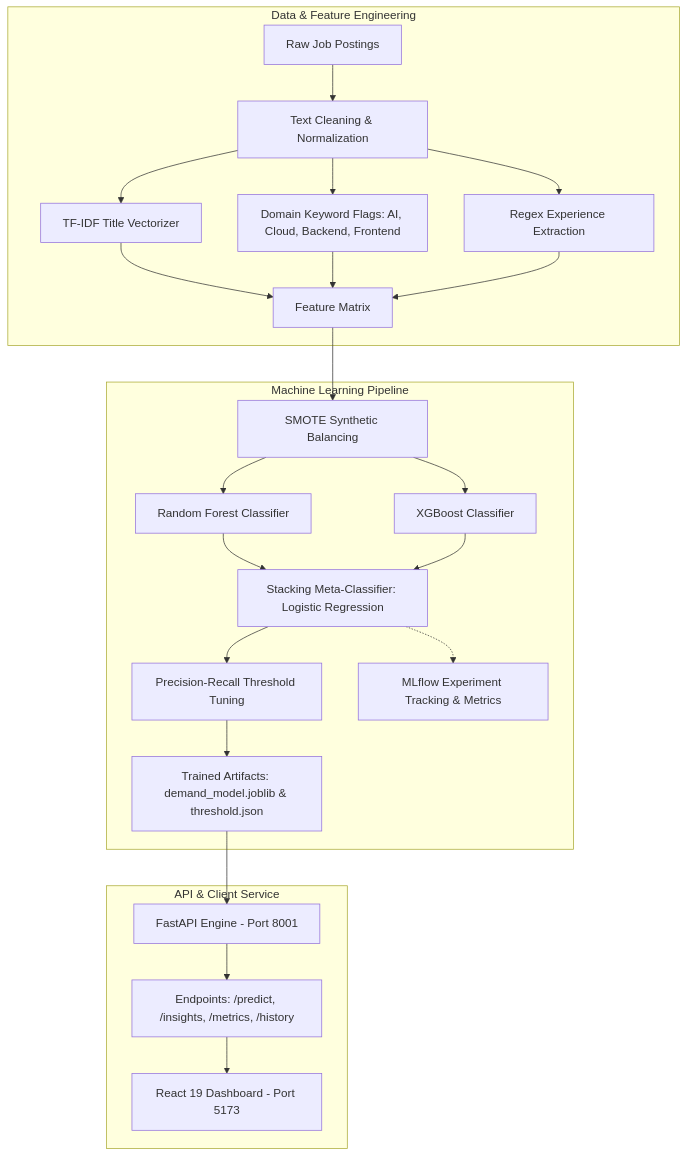
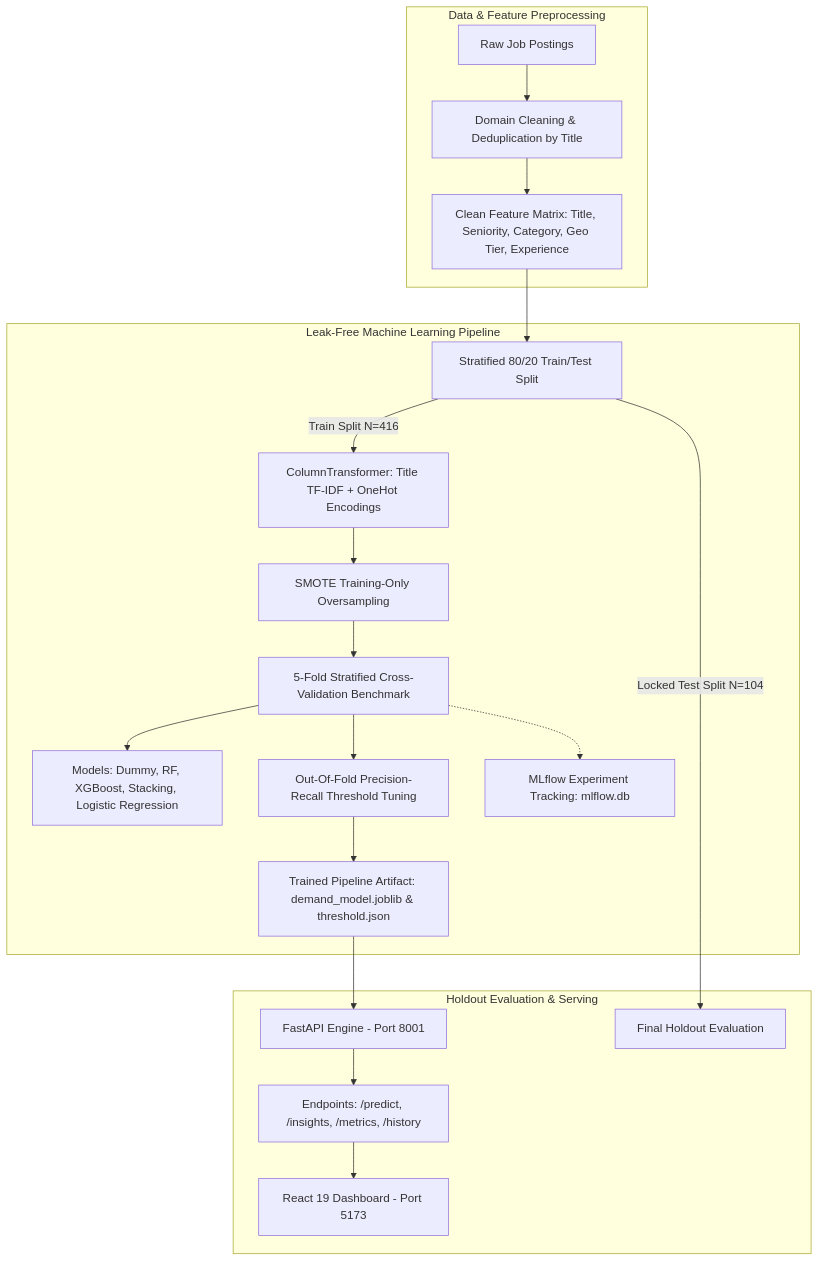
Before and after one commit to Bril3d/Job-Market-Skill-Demand-Predictor: the diagram in README.md, drawn with Mermaid. The commit also changed other lines of this file and 7 other files, not shown here.

Commit message:
fix: resolve data leakages, audit pipeline, and update benchmarks

````diff
--- a/README.md
+++ b/README.md
@@ -44,26 +48,25 @@
 ```mermaid
 graph TD
-    subgraph Data & Feature Engineering
-        A[Raw Job Postings] --> B[Text Cleaning & Normalization]
-        B --> C[TF-IDF Title Vectorizer]
-        B --> D[Domain Keyword Flags: AI, Cloud, Backend, Frontend]
-        B --> E[Regex Experience Extraction]
-        C & D & E --> F[Feature Matrix]
+    subgraph Data & Feature Preprocessing
+        A[Raw Job Postings] --> B[Domain Cleaning & Deduplication by Title]
+        B --> C[Clean Feature Matrix: Title, Seniority, Category, Geo Tier, Experience]
     end
 
-    subgraph Machine Learning Pipeline
-        F --> G[SMOTE Synthetic Balancing]
-        G --> H[Random Forest Classifier]
-        G --> I[XGBoost Classifier]
-        H & I --> J[Stacking Meta-Classifier: Logistic Regression]
-        J --> K[Precision-Recall Threshold Tuning]
-        K --> L[Trained Artifacts: demand_model.joblib & threshold.json]
-        J -.-> M[MLflow Experiment Tracking & Metrics]
+    subgraph Leak-Free Machine Learning Pipeline
+        C --> D[Stratified 80/20 Train/Test Split]
+        D -->|Train Split N=416| E[ColumnTransformer: Title TF-IDF + OneHot Encodings]
+        E --> F[SMOTE Training-Only Oversampling]
+        F --> G[5-Fold Stratified Cross-Validation Benchmark]
+        G --> H[Models: Dummy, RF, XGBoost, Stacking, Logistic Regression]
+        G --> I[Out-Of-Fold Precision-Recall Threshold Tuning]
+        I --> J[Trained Pipeline Artifact: demand_model.joblib & threshold.json]
+        G -.-> K[MLflow Experiment Tracking: mlflow.db]
     end
 
-    subgraph API & Client Service
-        L --> N[FastAPI Engine - Port 8001]
-        N --> O[Endpoints: /predict, /insights, /metrics, /history]
-        O --> P[React 19 Dashboard - Port 5173]
+    subgraph Holdout Evaluation & Serving
+        D -->|Locked Test Split N=104| L[Final Holdout Evaluation]
+        J --> M[FastAPI Engine - Port 8001]
+        M --> N[Endpoints: /predict, /insights, /metrics, /history]
+        N --> O[React 19 Dashboard - Port 5173]
     end
 ```
````
